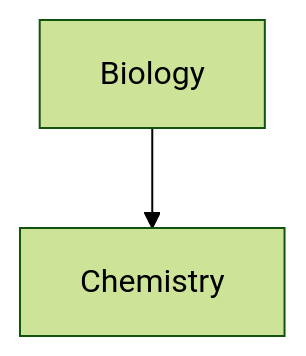
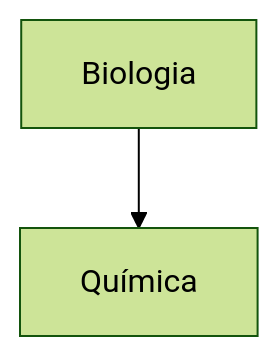
Before and after one commit to Blackspirits/obsidian-help: the third of 3 diagrams in pt-pt/Edição e formatação/Sintaxe de formatação avançada.md, drawn with Mermaid (forest theme). The commit also changed other lines of this file and 71 other files, not shown here.

````diff
--- a/pt-pt/Edição e formatação/Sintaxe de formatação avançada.md
+++ b/pt-pt/Edição e formatação/Sintaxe de formatação avançada.md
@@ -134,7 +134,7 @@
 ```mermaid
 graph TD
 
-Biology --> Chemistry
+Biologia --> Química
 
-class Biology,Chemistry internal-link;
+class Biologia,Química internal-link;
 ```
````
